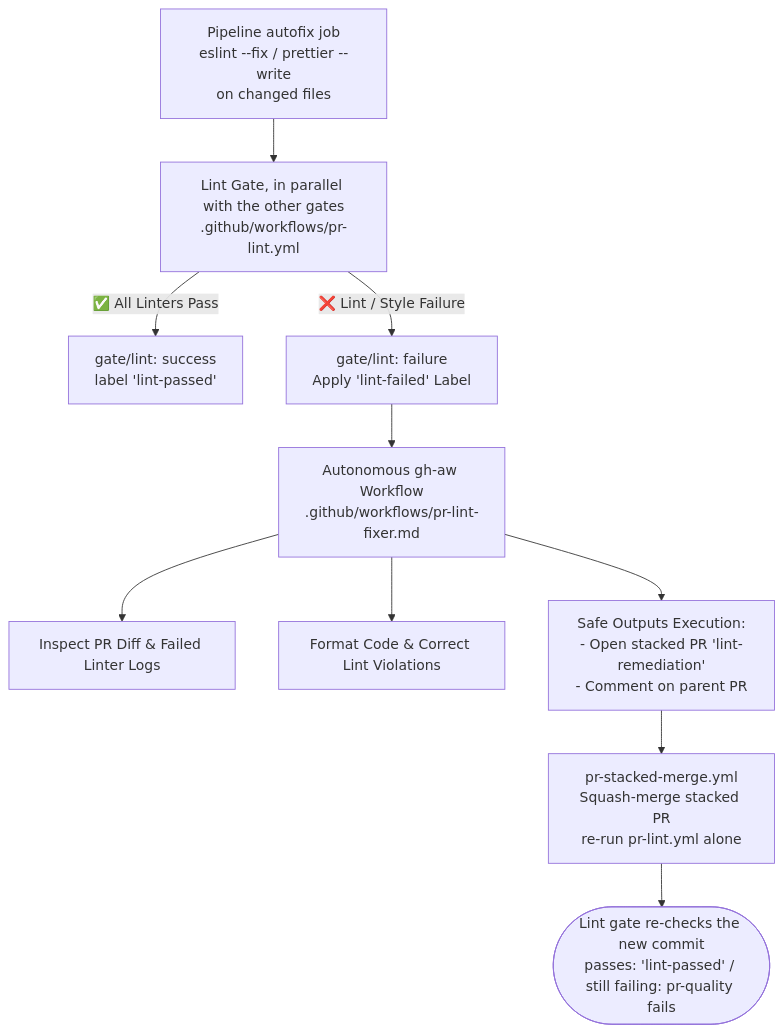
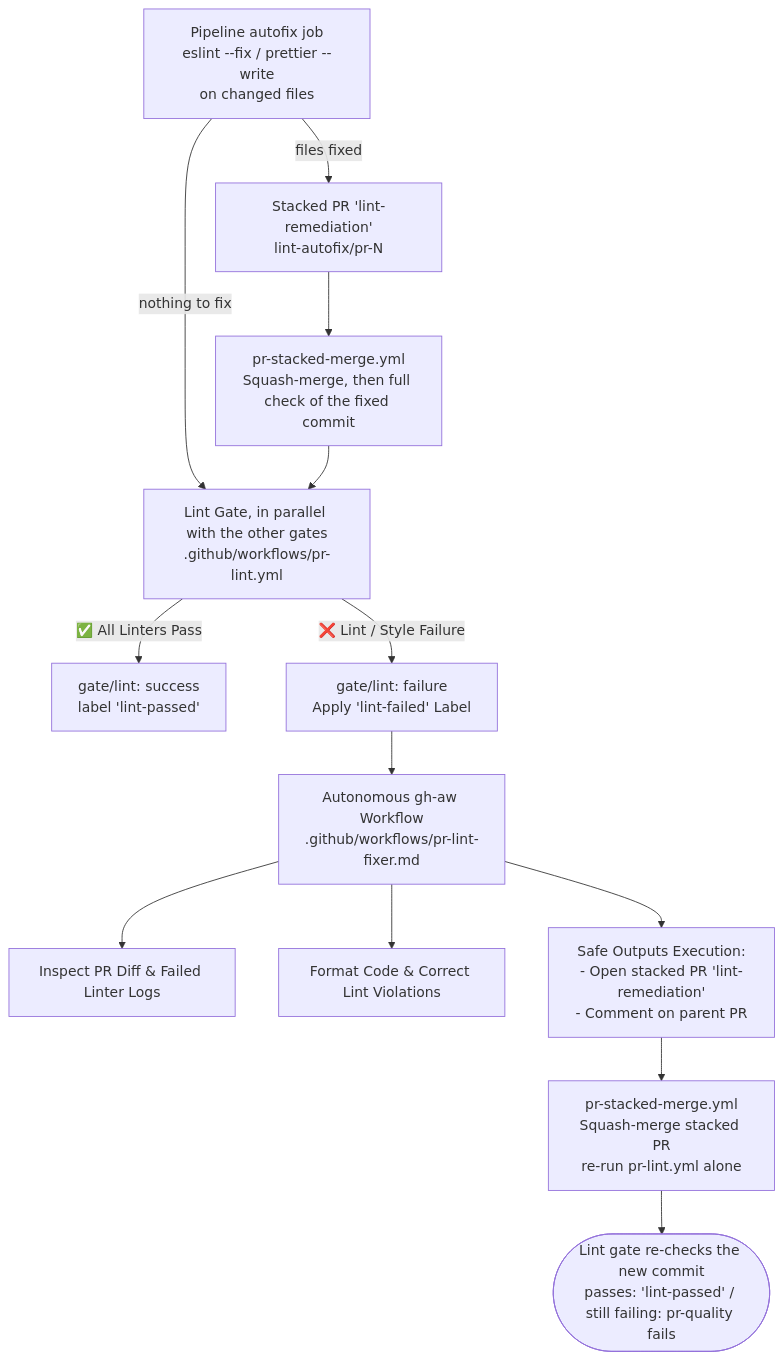
Before and after one commit to SitoaderOrg/ForgeFlow: the diagram in docs/pr-lint-and-fixer.md, drawn with Mermaid. The commit also changed other lines of this file and 10 other files, not shown here.

First line of the commit message:
fix(ci): propose the lint auto-fix as a stacked PR

````diff
--- a/docs/pr-lint-and-fixer.md
+++ b/docs/pr-lint-and-fixer.md
@@ -9,14 +9,17 @@
 ```mermaid
 flowchart TD
-    Autofix[Pipeline autofix job\neslint --fix / prettier --write\non changed files] --> Linter[Lint Gate, in parallel with the other gates\n.github/workflows/pr-lint.yml]
+    Autofix[Pipeline autofix job\neslint --fix / prettier --write\non changed files] -->|nothing to fix| Linter[Lint Gate, in parallel with the other gates\n.github/workflows/pr-lint.yml]
+    Autofix -->|files fixed| AutofixPR[Stacked PR 'lint-remediation'\nlint-autofix/pr-N]
+    AutofixPR --> AutofixRelay[pr-stacked-merge.yml\nSquash-merge, then full check of the fixed commit]
+    AutofixRelay --> Linter
     
     Linter -->|✅ All Linters Pass| Passed[gate/lint: success\nlabel 'lint-passed']
     Linter -->|❌ Lint / Style Failure| AddLabel[gate/lint: failure\nApply 'lint-failed' Label]
     
     AddLabel --> Fixer[Autonomous gh-aw Workflow\n.github/workflows/pr-lint-fixer.md]
     Fixer --> Inspect[Inspect PR Diff & Failed Linter Logs]
     Fixer --> Remediate[Format Code & Correct Lint Violations]
     Fixer --> SafeOutputs[Safe Outputs Execution:\n- Open stacked PR 'lint-remediation'\n- Comment on parent PR]
     SafeOutputs --> Relay[pr-stacked-merge.yml\nSquash-merge stacked PR\nre-run pr-lint.yml alone]
     Relay --> Recheck([Lint gate re-checks the new commit\npasses: 'lint-passed' / still failing: pr-quality fails])
 ```
````
